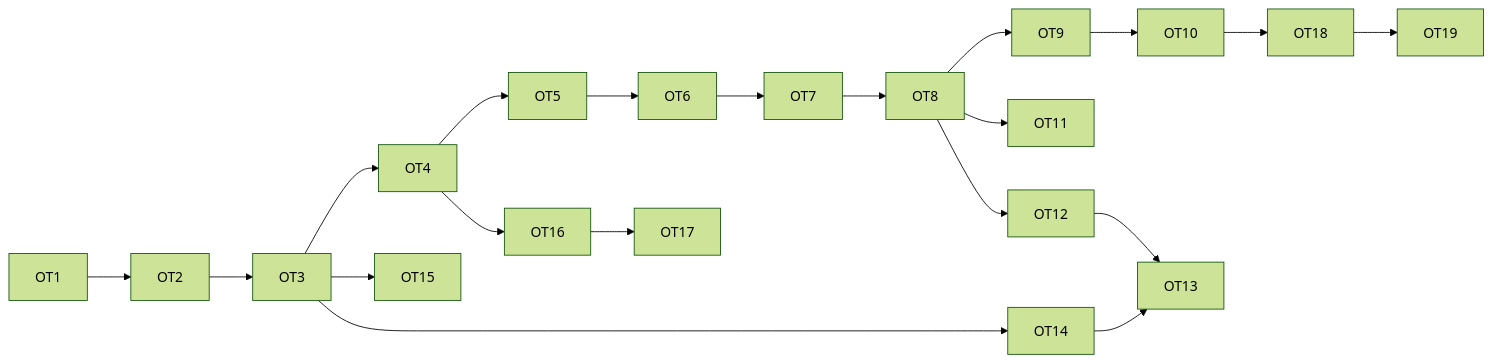
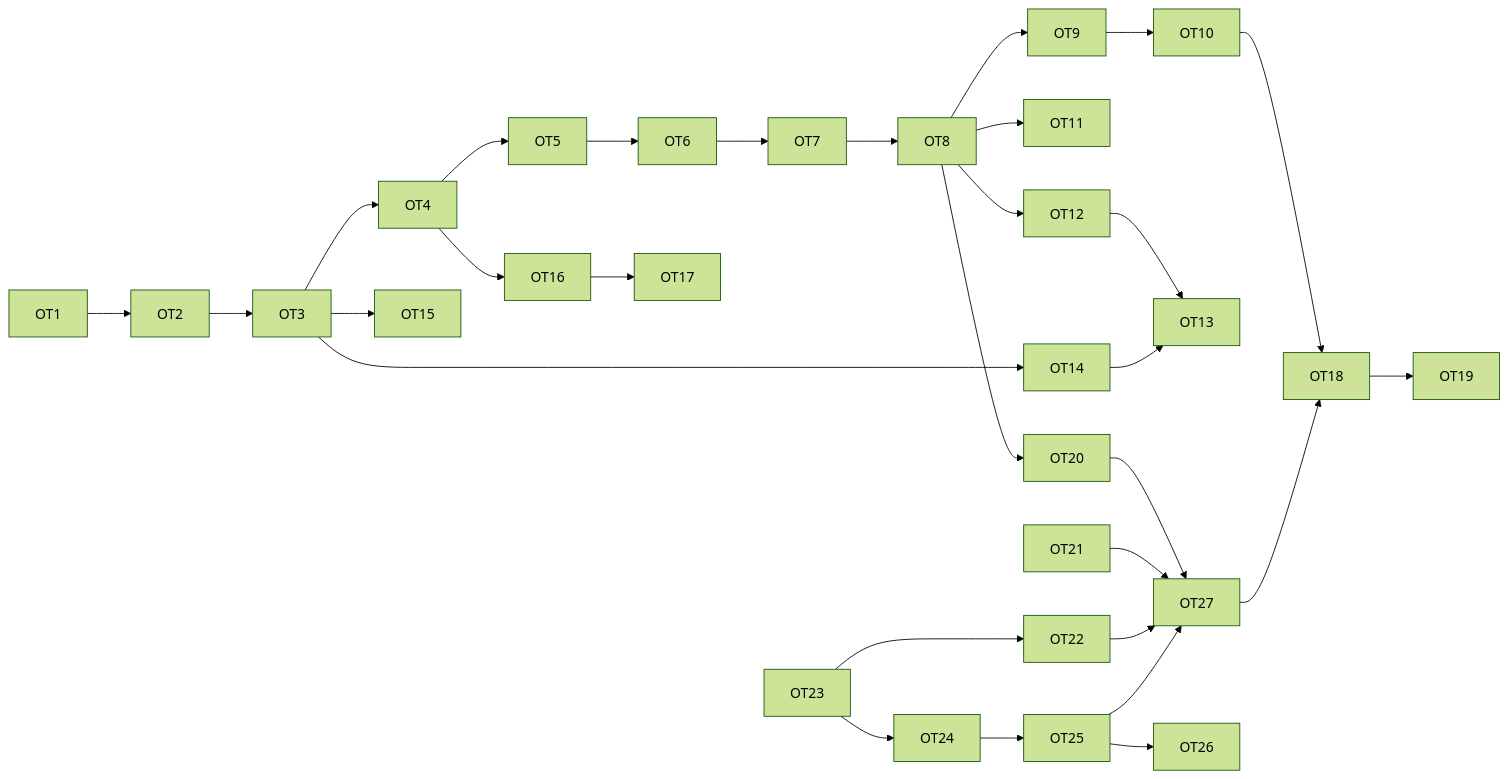
One commit to Ladvien/blended changed the diagram in BACKLOG.md. Above: the diagram before and after it, drawn with Mermaid (forest theme). The commit also changed other lines of this file, not shown here.

````diff
--- a/BACKLOG.md
+++ b/BACKLOG.md
@@ -121,11 +180,17 @@
 ```mermaid
 flowchart LR
   OT1 --> OT2 --> OT3 --> OT4 --> OT5 --> OT6 --> OT7 --> OT8
   OT8 --> OT9 --> OT10
   OT8 --> OT11
   OT8 --> OT12 --> OT13
   OT3 --> OT14 --> OT13
   OT3 --> OT15
   OT4 --> OT16 --> OT17
   OT10 --> OT18 --> OT19
+  OT8 --> OT20 --> OT27
+  OT21 --> OT27
+  OT23 --> OT22 --> OT27
+  OT23 --> OT24 --> OT25 --> OT27
+  OT25 --> OT26
+  OT27 --> OT18
 ```
````
